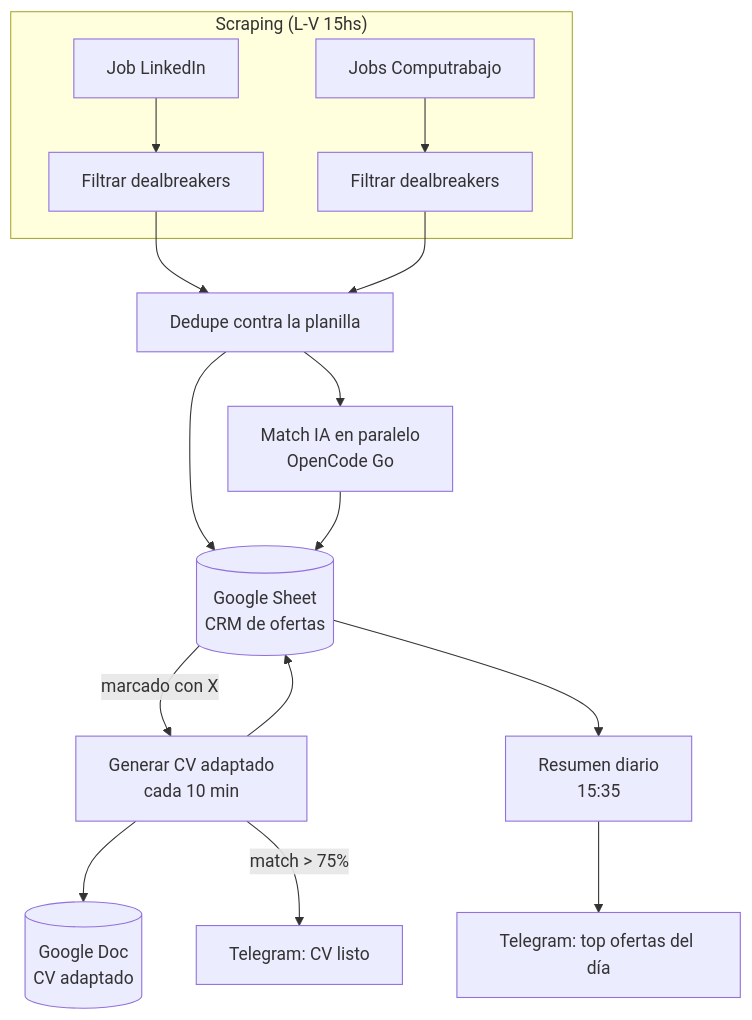
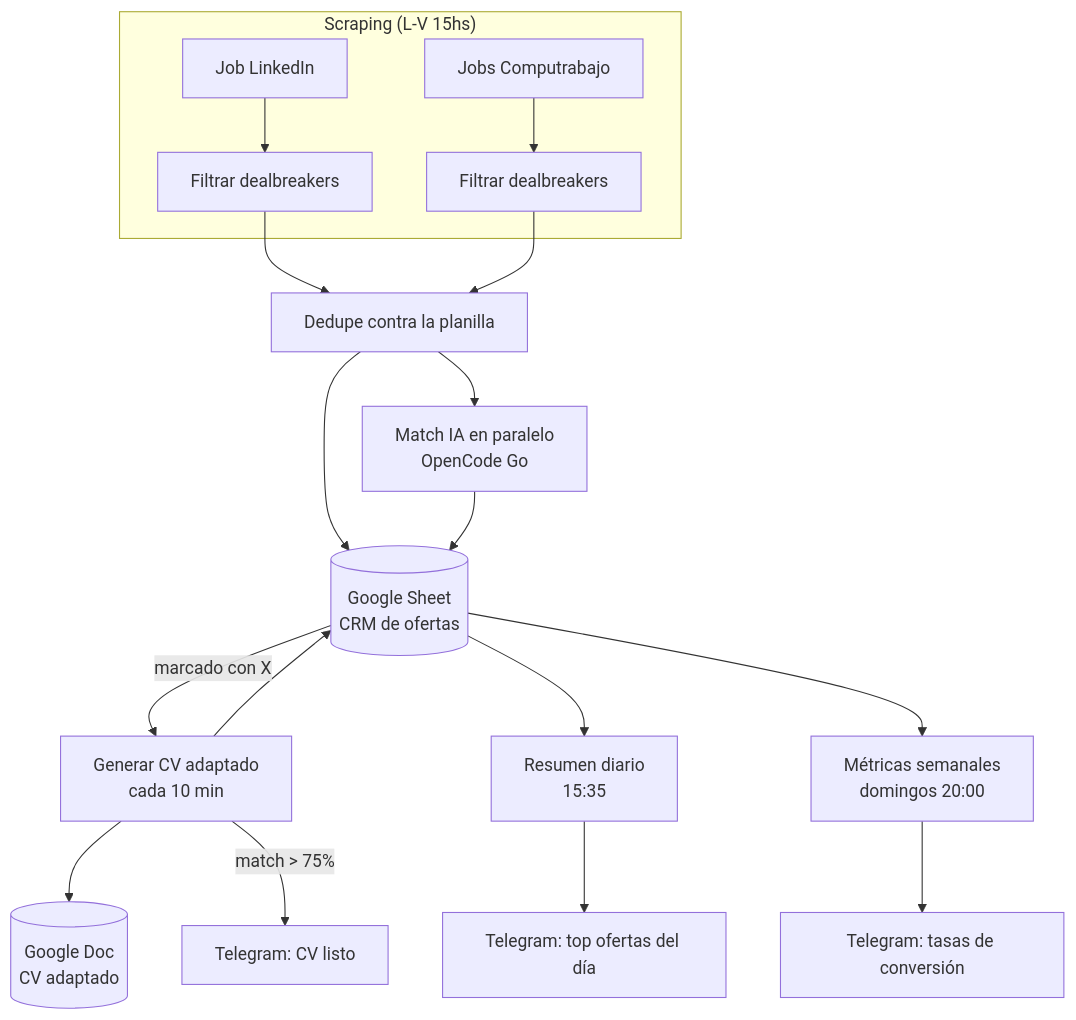
The diagram in README.md (Gercle/job-search-automation), drawn with Mermaid before and after one commit. The commit also changed other lines of this file and 2 other files, not shown here.

Commit message:
Agrega chequeo anti-alucinacion, metricas semanales y fix de colision en escritura a la Sheet

````diff
--- a/README.md
+++ b/README.md
@@ -16,21 +18,24 @@
 ```mermaid
 flowchart TD
     subgraph Scrapers["Scraping (L-V 15hs)"]
         LI[Job LinkedIn] --> F1[Filtrar dealbreakers]
         CT[Jobs Computrabajo] --> F2[Filtrar dealbreakers]
     end
 
     F1 --> D[Dedupe contra la planilla]
     F2 --> D
     D --> SHEET[(Google Sheet<br/>CRM de ofertas)]
     D --> AI1[Match IA en paralelo<br/>OpenCode Go]
     AI1 --> SHEET
 
     SHEET -->|marcado con X| CV[Generar CV adaptado<br/>cada 10 min]
     CV --> DOC[(Google Doc<br/>CV adaptado)]
     CV --> SHEET
     CV -->|match > 75%| TG1[Telegram: CV listo]
 
     SHEET --> RES[Resumen diario<br/>15:35]
     RES --> TG2[Telegram: top ofertas del día]
+
+    SHEET --> MET[Métricas semanales<br/>domingos 20:00]
+    MET --> TG3[Telegram: tasas de conversión]
 ```
````
